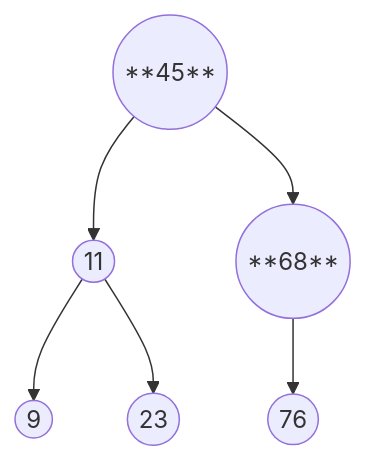
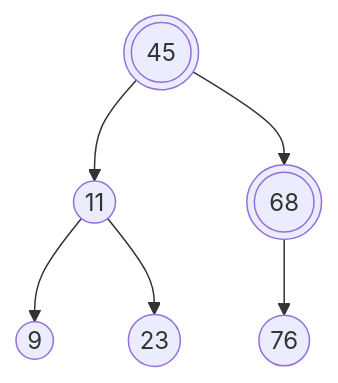
One commit to dmjcb/dmjcb.github.io changed the fifth of 13 diagrams in _posts/DataStructure/Tree/BinaryTree/2019-02-13-二叉排序树.md. Above: the diagram before and after it, drawn with Mermaid. The commit also changed other lines of this file and 78 other files, not shown here.

Commit message:
更新git部分图片;添加工作台图片

````diff
--- a/_posts/DataStructure/Tree/BinaryTree/2019-02-13-二叉排序树.md
+++ b/_posts/DataStructure/Tree/BinaryTree/2019-02-13-二叉排序树.md
@@ -64,9 +64,9 @@
 ```mermaid
 graph TB
-    N45((**45**))
+    N45(((45)))
         N45-->N11((11))
             N11-->N9((9))
             N11-->N23((23))
-        N45-->N68((**68**))
+        N45-->N68(((68)))
             N68-->N76((76))
 ```
````
